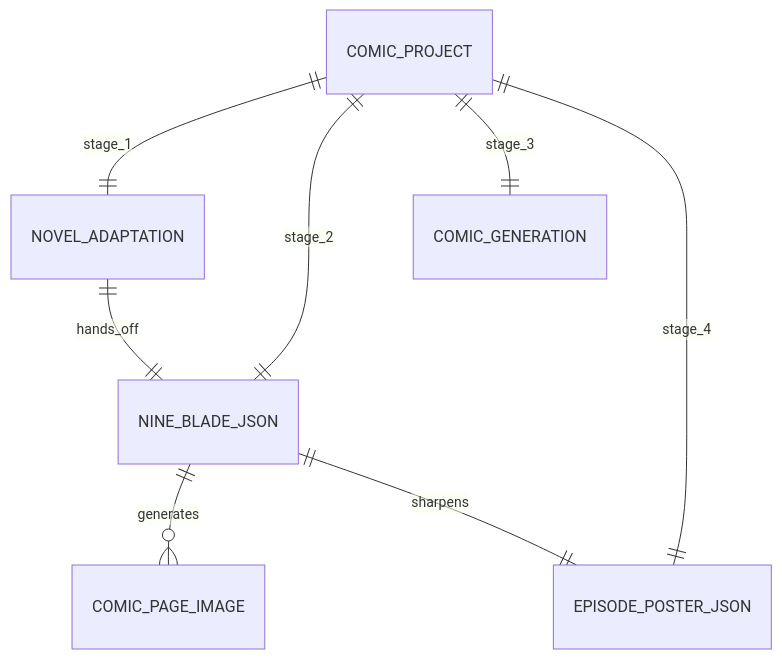
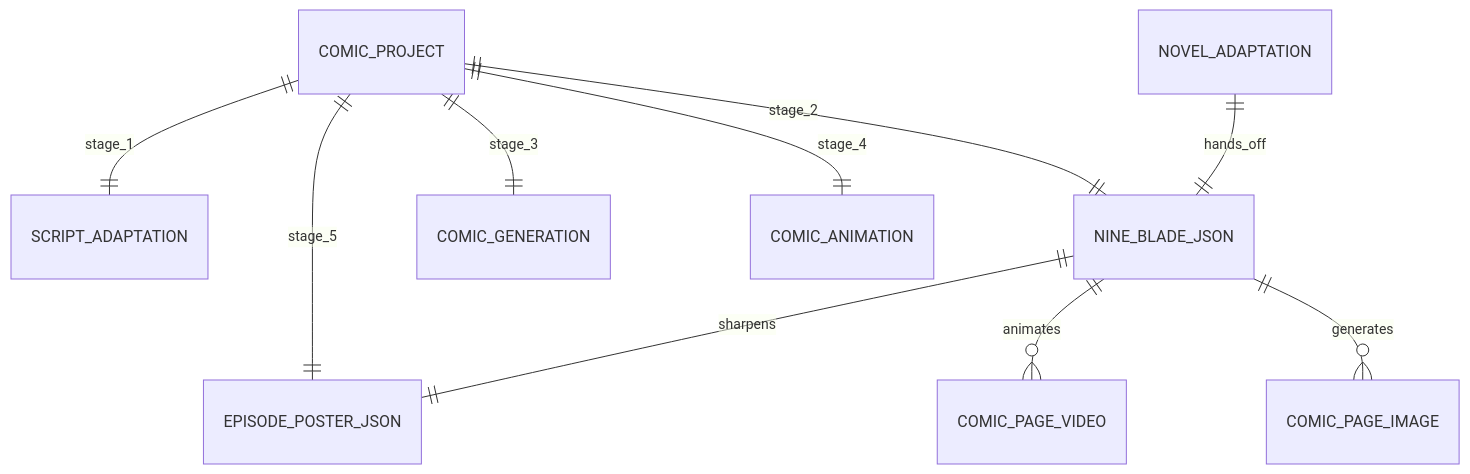
The third of 3 diagrams in .agents/skills/comic/SKILL.md (ZEN-VOID/AI-CUT), drawn with Mermaid before and after one commit. The commit also changed other lines of this file and 151 other files, not shown here.

````diff
--- a/.agents/skills/comic/SKILL.md
+++ b/.agents/skills/comic/SKILL.md
@@ -75,10 +82,12 @@
 ```mermaid
 erDiagram
-    COMIC_PROJECT ||--|| NOVEL_ADAPTATION : stage_1
+    COMIC_PROJECT ||--|| SCRIPT_ADAPTATION : stage_1
     COMIC_PROJECT ||--|| NINE_BLADE_JSON : stage_2
     COMIC_PROJECT ||--|| COMIC_GENERATION : stage_3
-    COMIC_PROJECT ||--|| EPISODE_POSTER_JSON : stage_4
+    COMIC_PROJECT ||--|| COMIC_ANIMATION : stage_4
+    COMIC_PROJECT ||--|| EPISODE_POSTER_JSON : stage_5
     NOVEL_ADAPTATION ||--|| NINE_BLADE_JSON : hands_off
     NINE_BLADE_JSON ||--o{ COMIC_PAGE_IMAGE : generates
+    NINE_BLADE_JSON ||--o{ COMIC_PAGE_VIDEO : animates
     NINE_BLADE_JSON ||--|| EPISODE_POSTER_JSON : sharpens
 ```
````
